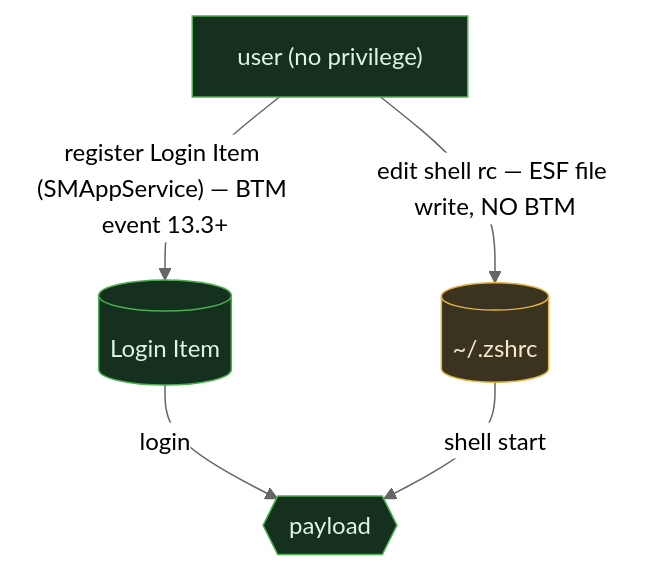
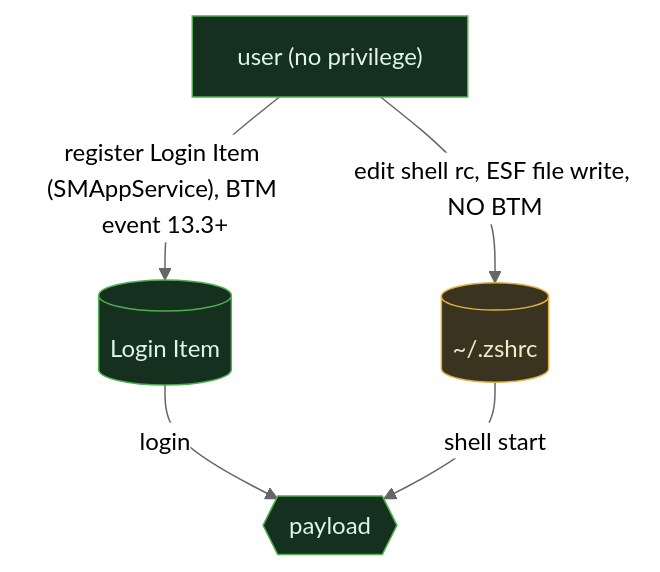
The fourth of 4 diagrams in src/persistence/03-login-shell-hooks.md (iimp0ster/os-internals-de-guide), drawn with Mermaid (neutral theme) before and after one commit. The commit also changed other lines of this file and 53 other files, not shown here.

````diff
--- a/src/persistence/03-login-shell-hooks.md
+++ b/src/persistence/03-login-shell-hooks.md
@@ -99,9 +96,9 @@
 ```mermaid
 flowchart TB
-    P["user (no privilege)"]:::seen -->|"register Login Item (SMAppService) — BTM event 13.3+"| LI[("Login Item")]:::seen
-    P -->|"edit shell rc — ESF file write, NO BTM"| RC[("~/.zshrc")]:::part
+    P["user (no privilege)"]:::seen -->|"register Login Item (SMAppService), BTM event 13.3+"| LI[("Login Item")]:::seen
+    P -->|"edit shell rc, ESF file write, NO BTM"| RC[("~/.zshrc")]:::part
     LI -->|"login"| PAY{{"payload"}}:::seen
     RC -->|"shell start"| PAY
     classDef seen fill:#15301f,stroke:#4caf50,color:#dff5e4;
     classDef part fill:#3a3320,stroke:#e2b341,color:#f5e9c8;
 ```
````
